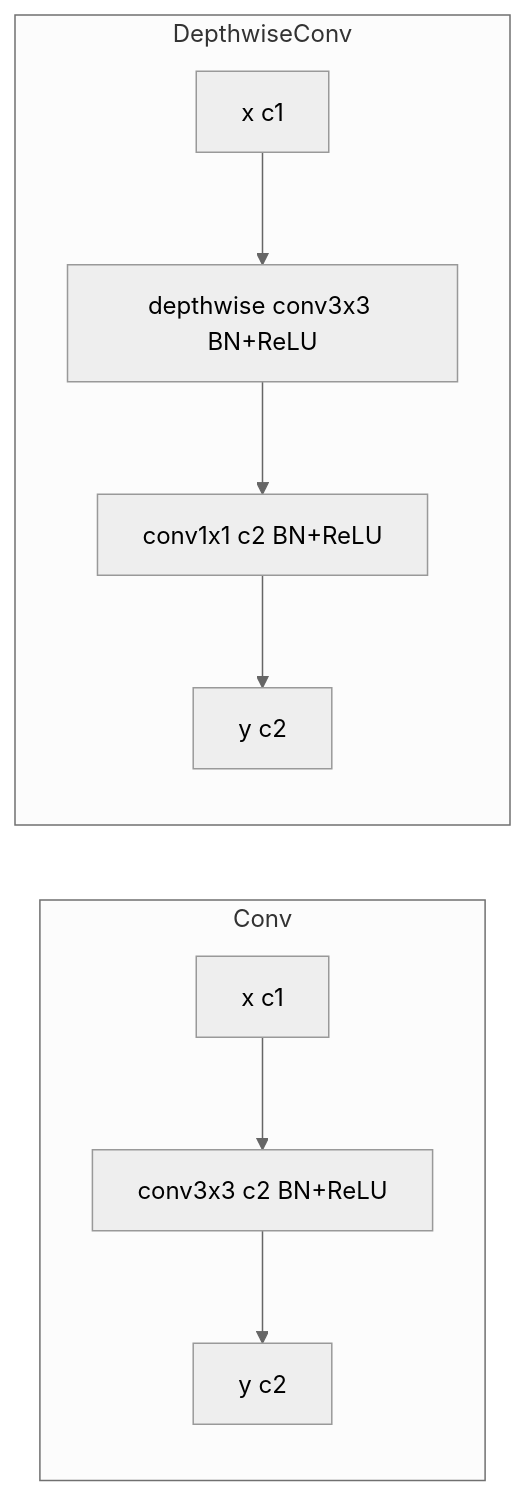
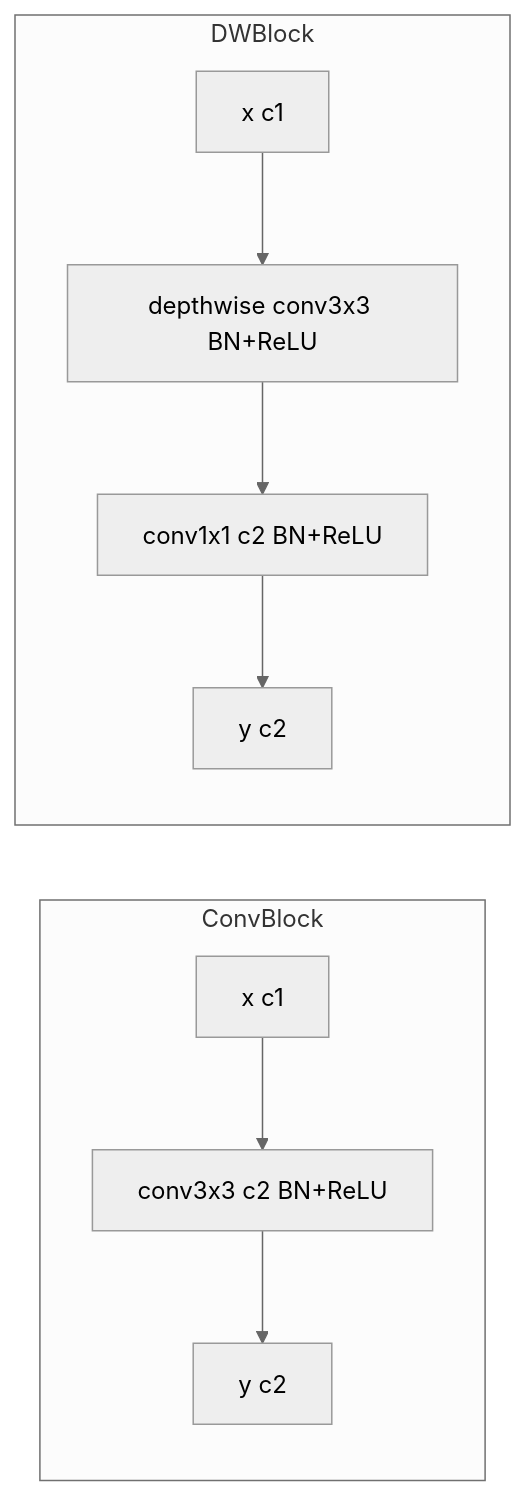
Before and after one commit to pw1316/pw1316.github.io: diagram 14 of 14 in _posts/2018-12-28-Classify-CNN.md, drawn with Mermaid (neutral theme). The commit also changed other lines of this file, not shown here.

````diff
--- a/_posts/2018-12-28-Classify-CNN.md
+++ b/_posts/2018-12-28-Classify-CNN.md
@@ -291,12 +291,12 @@
 ```mermaid
 graph LR
-subgraph Conv
+subgraph ConvBlock
 A1[x c1]-->B1[conv3x3 c2 BN+ReLU]
 B1-->C1[y c2]
 end
-subgraph DepthwiseConv
+subgraph DWBlock
 A2[x c1]-->B2[depthwise conv3x3 BN+ReLU]
 B2-->C2[conv1x1 c2 BN+ReLU]
 C2-->D2[y c2]
 end
 ```
````
